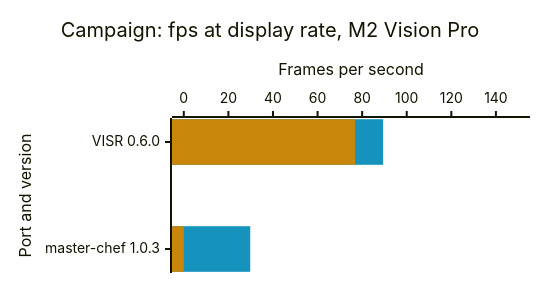
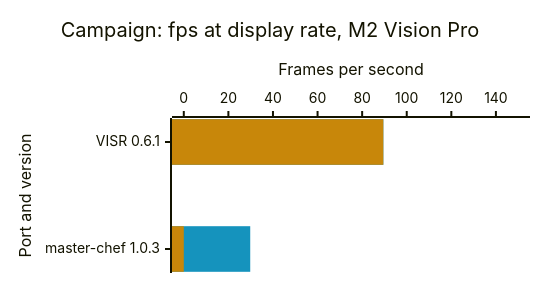
The fourth of 4 diagrams in docs/benchmarks.md (steverice/halo-ce-ios), drawn with Mermaid before and after one commit. The commit also changed other lines of this file and 6 other files, not shown here.

````diff
--- a/docs/benchmarks.md
+++ b/docs/benchmarks.md
@@ -106,17 +106,17 @@
 ```mermaid
 ---
 config:
   xyChart:
     width: 520
     height: 263
   themeVariables:
     xyChart:
       plotColorPalette: "#1593bd, #c8870a"
 ---
 xychart-beta horizontal
     title "Campaign: fps at display rate, M2 Vision Pro"
-    x-axis "Port and version" ["VISR 0.6.0", "master-chef 1.0.3"]
+    x-axis "Port and version" ["VISR 0.6.1", "master-chef 1.0.3"]
     y-axis "Frames per second" 0 --> 150
-    bar [89.4, 29.8]
-    bar [76.8, 0]
+    bar [89.5, 29.8]
+    bar [89.5, 0]
 ```
````
